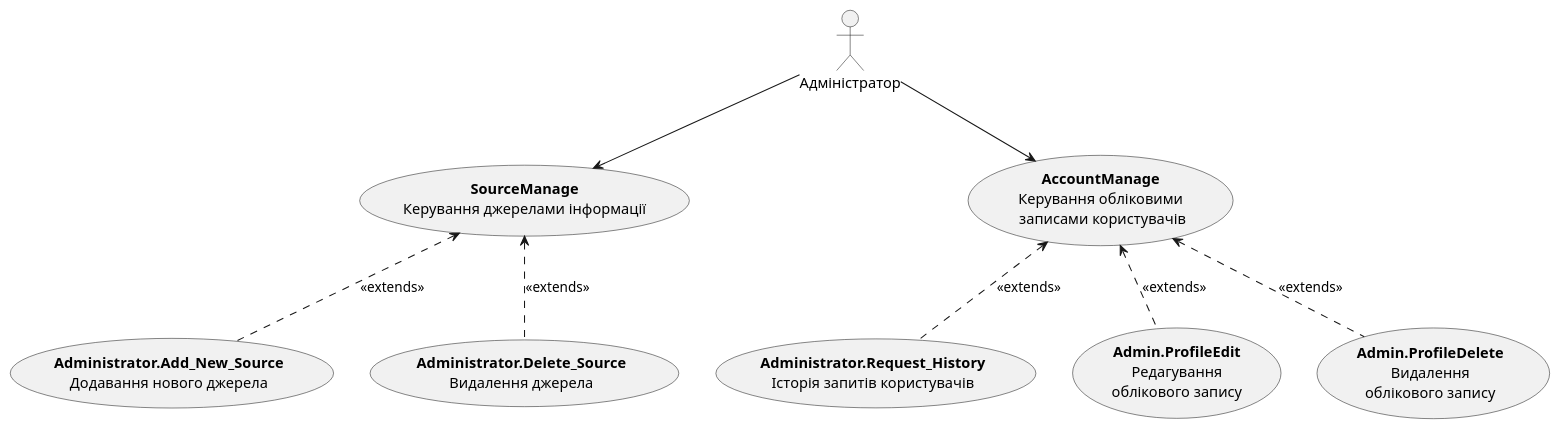
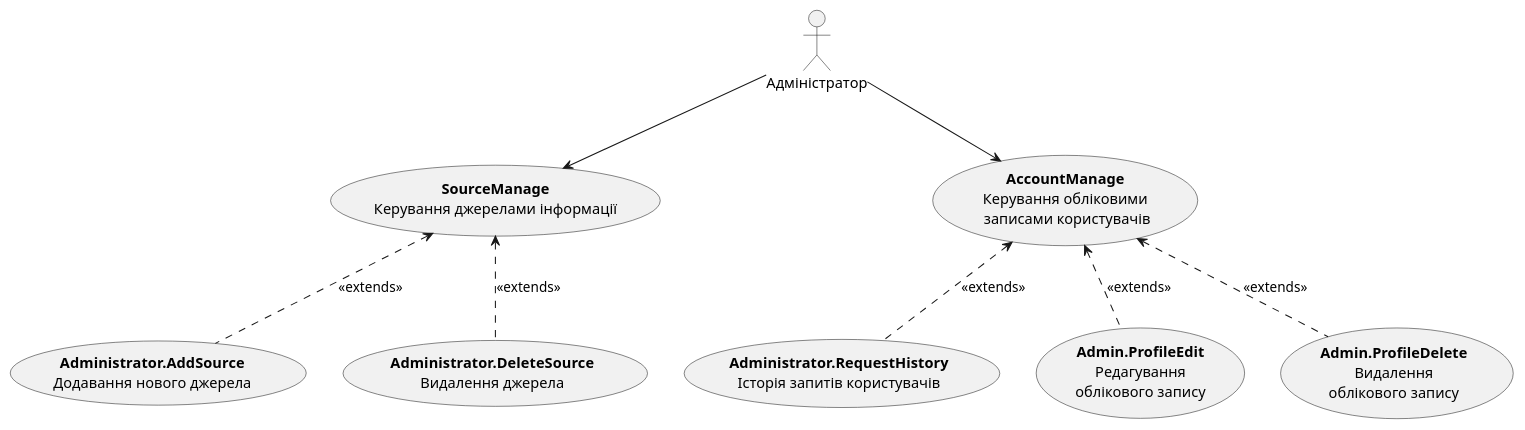
The fourth of 18 diagrams in docs/use cases/README.md (nonGratis/retarder-io-23-3), drawn with PlantUML before and after one commit. The commit also changed other lines of this file and 1 other file, not shown here.

```diff
--- a/docs/use cases/README.md
+++ b/docs/use cases/README.md
@@ -88,23 +88,23 @@
 @startuml
 
 actor "Адміністратор" as Admin
 
-usecase "<b>AccountManage</b>\nКерування обліковими\n записами користувачів" as ManageAccount 
-usecase "<b>SourceManage</b>\nКерування джерелами інформації" as ManageSource 
+usecase "<b>AccountManage</b>\nКерування обліковими\n записами користувачів" as ManageAccount
+usecase "<b>SourceManage</b>\nКерування джерелами інформації" as ManageSource
 
-usecase "<b>Administrator.Add_New_Source</b>\nДодавання нового джерела" as Administrator.Add_New_Source
-usecase "<b>Administrator.Delete_Source</b>\nВидалення джерела" as Administrator.Delete_Source
-usecase "<b>Administrator.Request_History</b>\nІсторія запитів користувачів" as Administrator.Request_History
+usecase "<b>Administrator.AddSource</b>\nДодавання нового джерела" as Administrator.AddSource
+usecase "<b>Administrator.DeleteSource</b>\nВидалення джерела" as Administrator.DeleteSource
+usecase "<b>Administrator.RequestHistory</b>\nІсторія запитів користувачів" as Administrator.RequestHistory
 usecase "<b>Admin.ProfileEdit</b>\nРедагування\nоблікового запису" as Admin.ProfileEdit
 usecase "<b>Admin.ProfileDelete</b>\nВидалення\nоблікового запису" as Admin.ProfileDelete
 
 Admin --> ManageAccount
-Administrator.Request_History .u.> ManageAccount: <<extends>>
+Administrator.RequestHistory .u.> ManageAccount: <<extends>>
 Admin.ProfileEdit .u.> ManageAccount: <<extends>>
 Admin.ProfileDelete .u.> ManageAccount: <<extends>>
 
 Admin --> ManageSource
-Administrator.Add_New_Source .u.> ManageSource: <<extends>>
-Administrator.Delete_Source .u.> ManageSource: <<extends>>
+Administrator.AddSource .u.> ManageSource: <<extends>>
+Administrator.DeleteSource .u.> ManageSource: <<extends>>
 
 @enduml
```
